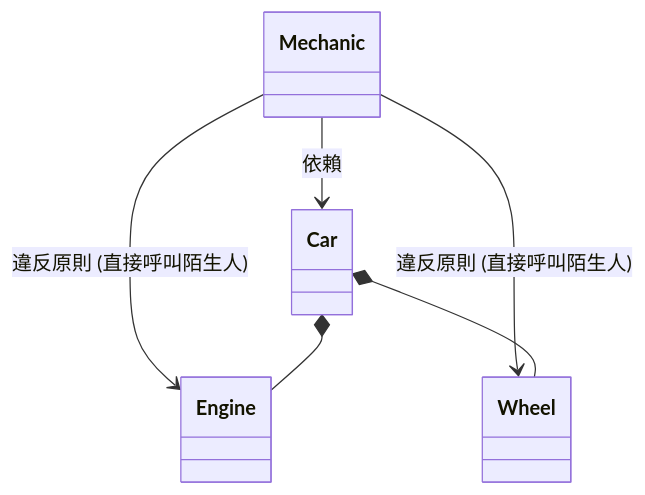
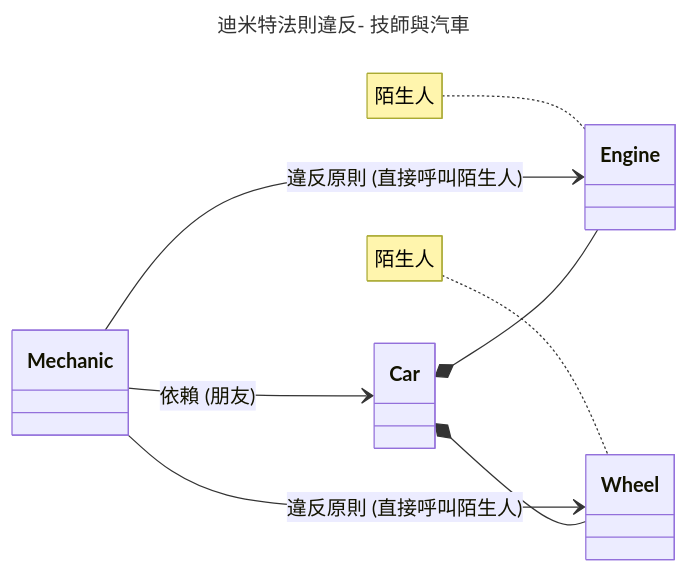
One commit to nlhsueh/teach_sw_fw changed the first of 4 diagrams in Part3_Principle/ch07_principle.md. Above: the diagram before and after it, drawn with Mermaid. The commit also changed other lines of this file and 1 other file, not shown here.

Commit message:
style: translate diagram titles and notes to Chinese in ch07 and ch08

````diff
--- a/Part3_Principle/ch07_principle.md
+++ b/Part3_Principle/ch07_principle.md
@@ -545,8 +545,15 @@
 ```mermaid
+---
+title: 迪米特法則違反- 技師與汽車
+---
 classDiagram
-    Mechanic --> Car : 依賴
+    direction LR
+    Mechanic --> Car : 依賴 (朋友)
     Mechanic --> Engine : 違反原則 (直接呼叫陌生人)
     Mechanic --> Wheel : 違反原則 (直接呼叫陌生人)
     Car *-- Engine
     Car *-- Wheel
+
+    note for Engine "陌生人"
+    note for Wheel "陌生人"
 ```
````
